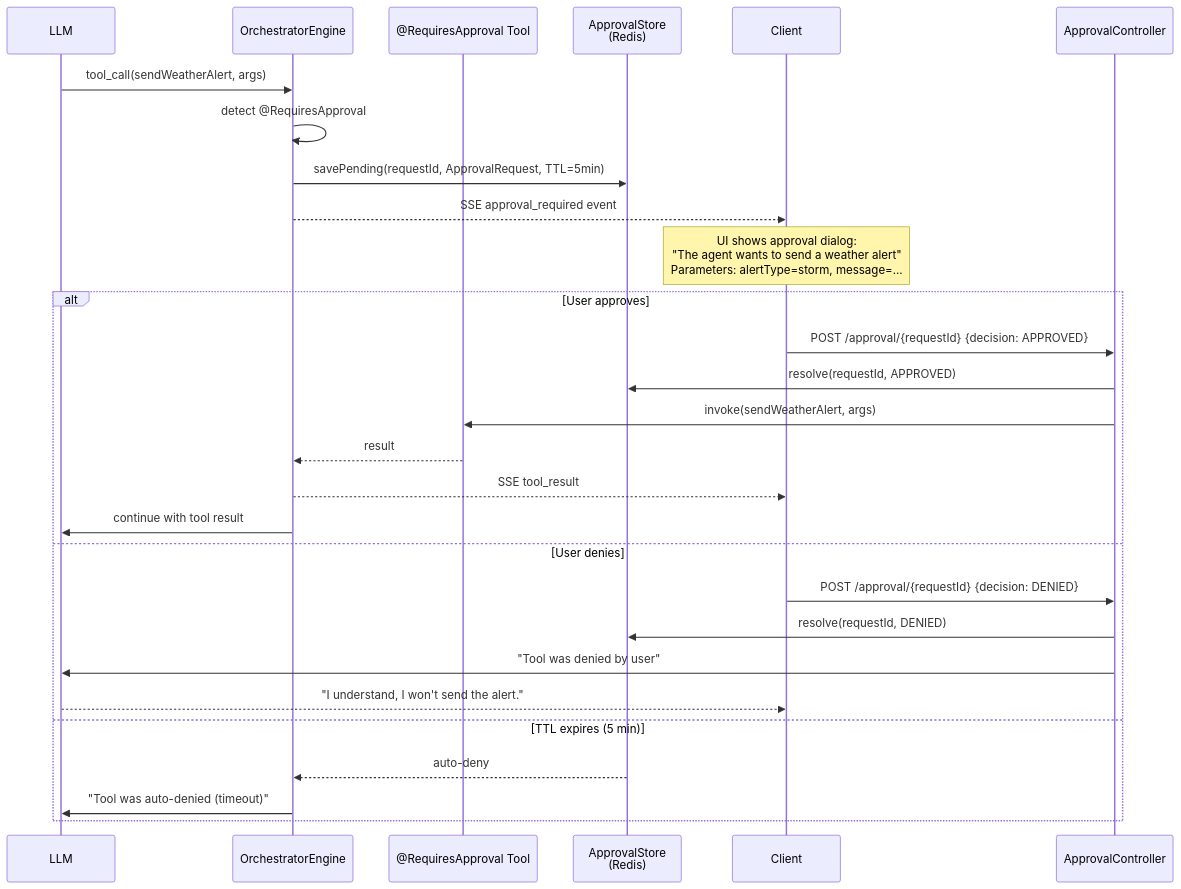
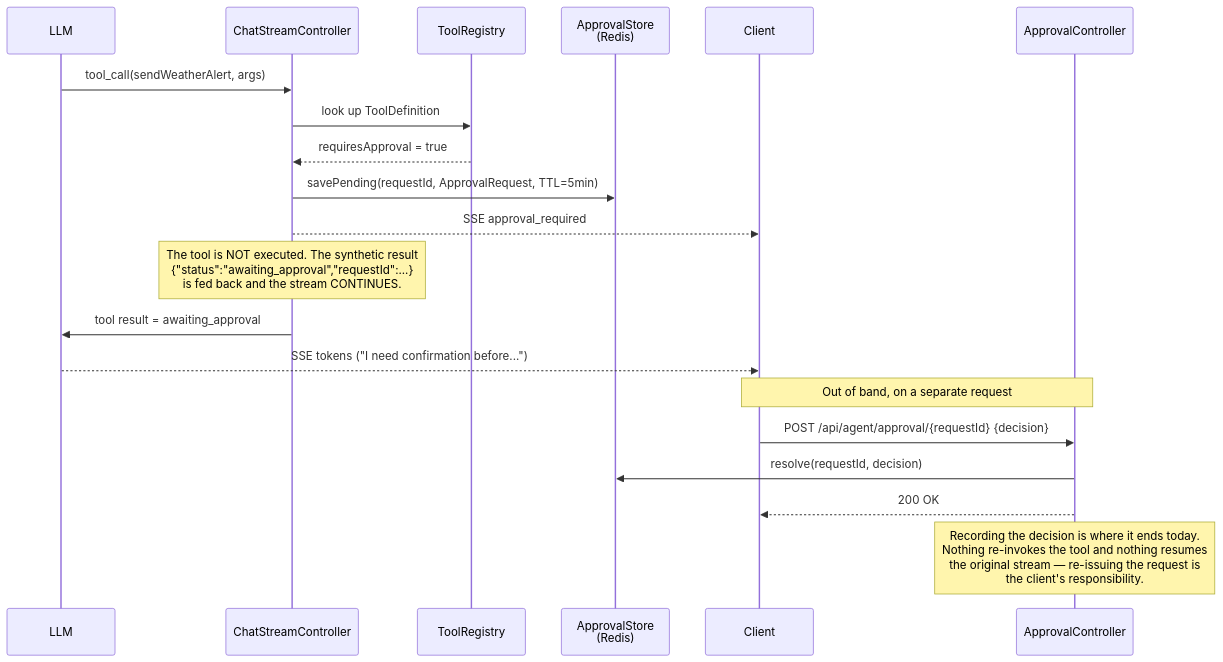
The fourth of 8 diagrams in docs/architecture-diagrams.md (GiskardB/gargantua-site), drawn with Mermaid before and after one commit. The commit also changed other lines of this file and 19 other files, not shown here.

````diff
--- a/docs/architecture-diagrams.md
+++ b/docs/architecture-diagrams.md
@@ -151,34 +156,29 @@
 ```mermaid
 sequenceDiagram
     participant LLM
-    participant Engine as OrchestratorEngine
-    participant Tool as @RequiresApproval Tool
+    participant Controller as ChatStreamController
+    participant Registry as ToolRegistry
     participant Store as ApprovalStore<br/>(Redis)
     participant Client
-    participant Controller as ApprovalController
+    participant Approval as ApprovalController
 
-    LLM->>Engine: tool_call(sendWeatherAlert, args)
-    Engine->>Engine: detect @RequiresApproval
+    LLM->>Controller: tool_call(sendWeatherAlert, args)
+    Controller->>Registry: look up ToolDefinition
+    Registry-->>Controller: requiresApproval = true
 
-    Engine->>Store: savePending(requestId, ApprovalRequest, TTL=5min)
-    Engine-->>Client: SSE approval_required event
+    Controller->>Store: savePending(requestId, ApprovalRequest, TTL=5min)
+    Controller-->>Client: SSE approval_required
 
-    Note over Client: UI shows approval dialog:<br/>"The agent wants to send a weather alert"<br/>Parameters: alertType=storm, message=...
+    Note over Controller: The tool is NOT executed. The synthetic result<br/>{"status":"awaiting_approval","requestId":...}<br/>is fed back and the stream CONTINUES.
 
-    alt User approves
-        Client->>Controller: POST /approval/{requestId} {decision: APPROVED}
-        Controller->>Store: resolve(requestId, APPROVED)
-        Controller->>Tool: invoke(sendWeatherAlert, args)
-        Tool-->>Engine: result
-        Engine-->>Client: SSE tool_result
-        Engine->>LLM: continue with tool result
-    else User denies
-        Client->>Controller: POST /approval/{requestId} {decision: DENIED}
-        Controller->>Store: resolve(requestId, DENIED)
-        Controller->>LLM: "Tool was denied by user"
-        LLM-->>Client: "I understand, I won't send the alert."
-    else TTL expires (5 min)
-        Store-->>Engine: auto-deny
-        Engine->>LLM: "Tool was auto-denied (timeout)"
-    end
+    Controller->>LLM: tool result = awaiting_approval
+    LLM-->>Client: SSE tokens ("I need confirmation before...")
+
+    Note over Client,Approval: Out of band, on a separate request
+
+    Client->>Approval: POST /api/agent/approval/{requestId} {decision}
+    Approval->>Store: resolve(requestId, decision)
+    Approval-->>Client: 200 OK
+
+    Note over Approval: Recording the decision is where it ends today.<br/>Nothing re-invokes the tool and nothing resumes<br/>the original stream — re-issuing the request is<br/>the client's responsibility.
 ```
````
